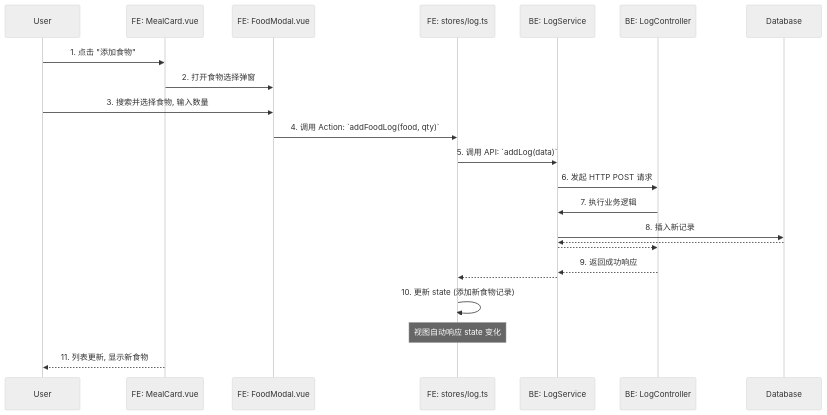
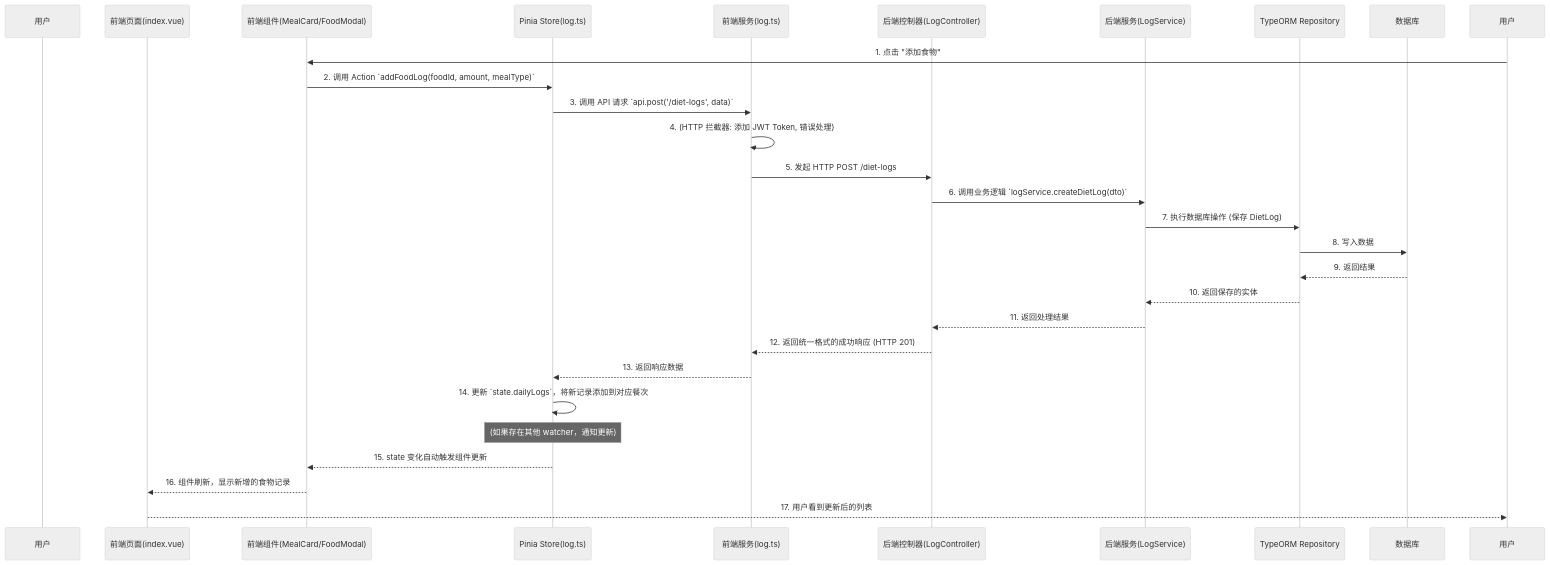
One commit to luoluodian/gemini_fit_cycle changed the second of 2 diagrams in docs/pj_docs/03_系统架构设计方案.md. Above: the diagram before and after it, drawn with Mermaid (neutral theme). The commit also changed other lines of this file and 20 other files, not shown here.

Commit message:
feat(auth): 实现微信登录认证接口 (#U-1) & fix(user): 修复 UserService 缺失方法

````diff
--- a/docs/pj_docs/03_系统架构设计方案.md
+++ b/docs/pj_docs/03_系统架构设计方案.md
@@ -255,27 +341,31 @@
 ```mermaid
 sequenceDiagram
-    participant User
-    participant MealCard as FE: MealCard.vue
-    participant FoodModal as FE: FoodModal.vue
-    participant LogStore as FE: stores/log.ts
-    participant LogService as FE: services/log.ts
-    participant LogController as BE: LogController
-    participant LogService as BE: LogService
-    participant Database
+    participant User as 用户
+    participant FE_Page as 前端页面(index.vue)
+    participant FE_Component as 前端组件(MealCard/FoodModal)
+    participant Pinia_Store as Pinia Store(log.ts)
+    participant FE_Service as 前端服务(log.ts)
+    participant BE_Controller as 后端控制器(LogController)
+    participant BE_Service as 后端服务(LogService)
+    participant TypeORM_Repo as TypeORM Repository
+    participant DB as 数据库
 
-    User->>MealCard: 1. 点击 "添加食物"
-    MealCard->>FoodModal: 2. 打开食物选择弹窗
-    User->>FoodModal: 3. 搜索并选择食物, 输入数量
-    FoodModal->>LogStore: 4. 调用 Action: `addFoodLog(food, qty)`
-    LogStore->>LogService: 5. 调用 API: `addLog(data)`
-    LogService->>LogController: 6. 发起 HTTP POST 请求
-    LogController->>LogService: 7. 执行业务逻辑
-    LogService->>Database: 8. 插入新记录
-    Database-->>LogService: 
-    LogService-->>LogController: 
-    LogController-->>LogService: 9. 返回成功响应
-    LogService-->>LogStore: 
-    LogStore->>LogStore: 10. 更新 state (添加新食物记录)
-    Note over LogStore: 视图自动响应 state 变化
-    MealCard-->>User: 11. 列表更新, 显示新食物
+    用户->>FE_Component: 1. 点击 "添加食物"
+    FE_Component->>Pinia_Store: 2. 调用 Action `addFoodLog(foodId, amount, mealType)`
+    Pinia_Store->>FE_Service: 3. 调用 API 请求 `api.post('/diet-logs', data)`
+    FE_Service->>FE_Service: 4. (HTTP 拦截器: 添加 JWT Token, 错误处理)
+    FE_Service->>BE_Controller: 5. 发起 HTTP POST /diet-logs
+    BE_Controller->>BE_Service: 6. 调用业务逻辑 `logService.createDietLog(dto)`
+    BE_Service->>TypeORM_Repo: 7. 执行数据库操作 (保存 DietLog)
+    TypeORM_Repo->>DB: 8. 写入数据
+    DB-->>TypeORM_Repo: 9. 返回结果
+    TypeORM_Repo-->>BE_Service: 10. 返回保存的实体
+    BE_Service-->>BE_Controller: 11. 返回处理结果
+    BE_Controller-->>FE_Service: 12. 返回统一格式的成功响应 (HTTP 201)
+    FE_Service-->>Pinia_Store: 13. 返回响应数据
+    Pinia_Store->>Pinia_Store: 14. 更新 `state.dailyLogs`，将新记录添加到对应餐次
+    Note over Pinia_Store: (如果存在其他 watcher，通知更新)
+    Pinia_Store-->>FE_Component: 15. state 变化自动触发组件更新
+    FE_Component-->>FE_Page: 16. 组件刷新，显示新增的食物记录
+    FE_Page-->>用户: 17. 用户看到更新后的列表
 ```
````
